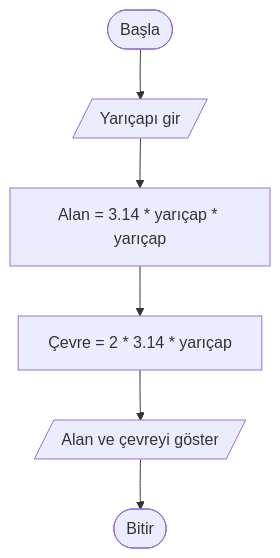
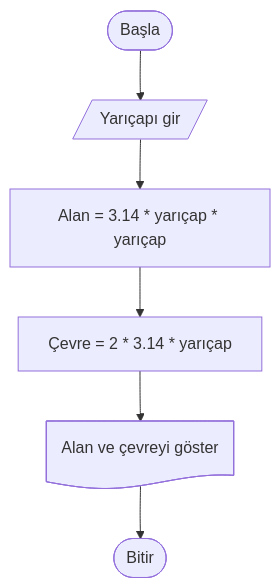
Before and after one commit to ibrahimayaz/Algoritma-ve-Programlamaya-Giris: the fifth of 10 diagrams in Hafta_04_Akis_Diyagramlari_1.md, drawn with Mermaid. The commit also changed other lines of this file, not shown here.

````diff
--- a/Hafta_04_Akis_Diyagramlari_1.md
+++ b/Hafta_04_Akis_Diyagramlari_1.md
@@ -143,8 +144,8 @@
 ```mermaid
 graph TD
     A([Başla]) --> B[/Yarıçapı gir/]
     B --> C[Alan = 3.14 * yarıçap * yarıçap]
     C --> D[Çevre = 2 * 3.14 * yarıçap]
-    D --> E[/Alan ve çevreyi göster/]
+    D --> E@{ shape: doc, label: "Alan ve çevreyi göster" }
     E --> F([Bitir])
 ```
````
